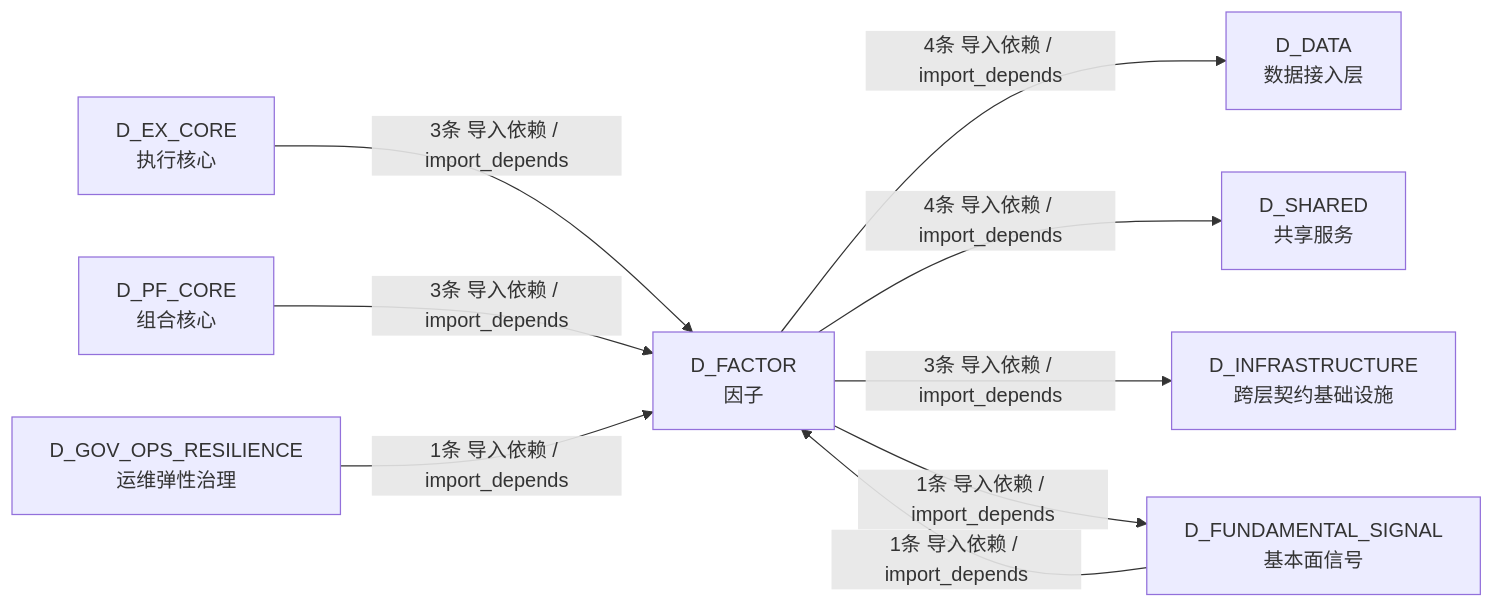
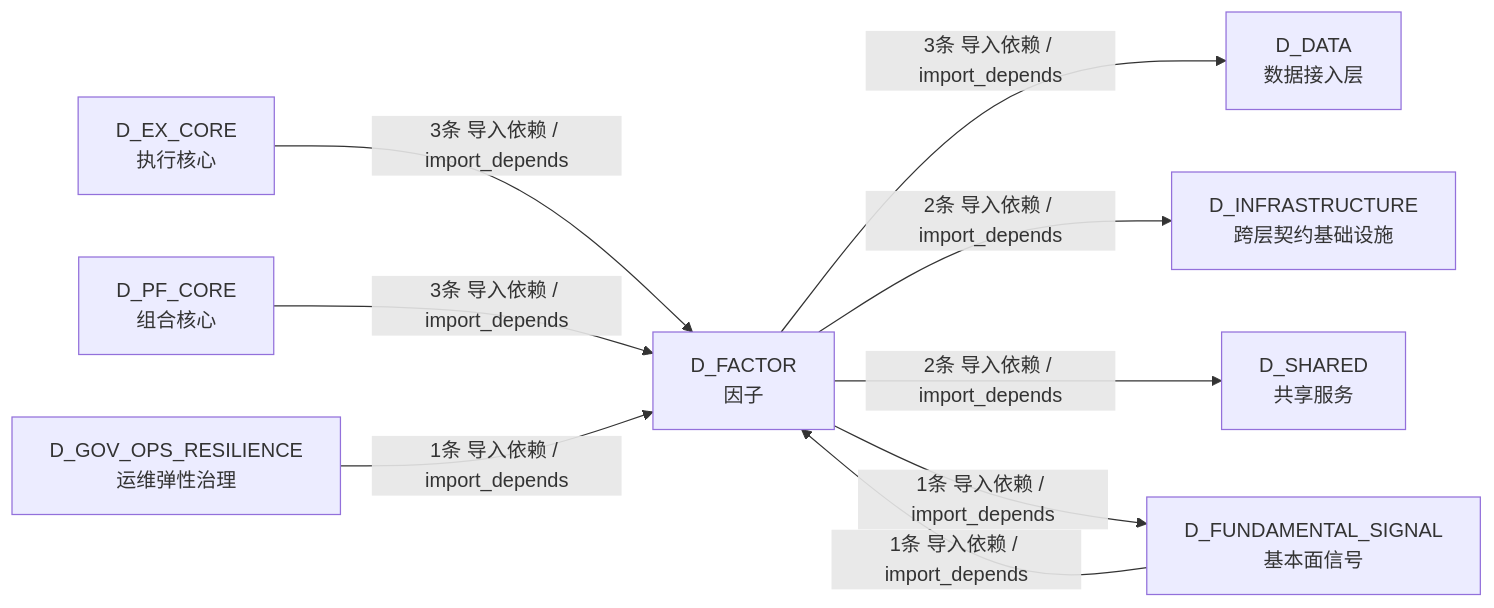
One commit to xuanFelixVan/ZephyrAlpha changed the fourth of 4 diagrams in docs/02_enterprise_architecture/02_domain_architecture_docs/46_d_factor.md. Above: the diagram before and after it, drawn with Mermaid. The commit also changed other lines of this file and 20 other files, not shown here.

````diff
--- a/docs/02_enterprise_architecture/02_domain_architecture_docs/46_d_factor.md
+++ b/docs/02_enterprise_architecture/02_domain_architecture_docs/46_d_factor.md
@@ -449,19 +365,19 @@
 ```mermaid
 graph LR
     D_FACTOR["D_FACTOR<br/>因子"]
     D_DATA["D_DATA<br/>数据接入层"]
+    D_INFRASTRUCTURE["D_INFRASTRUCTURE<br/>跨层契约基础设施"]
     D_SHARED["D_SHARED<br/>共享服务"]
-    D_INFRASTRUCTURE["D_INFRASTRUCTURE<br/>跨层契约基础设施"]
     D_FUNDAMENTAL_SIGNAL["D_FUNDAMENTAL_SIGNAL<br/>基本面信号"]
     D_EX_CORE["D_EX_CORE<br/>执行核心"]
     D_PF_CORE["D_PF_CORE<br/>组合核心"]
     D_GOV_OPS_RESILIENCE["D_GOV_OPS_RESILIENCE<br/>运维弹性治理"]
-    D_FACTOR -->|4条 导入依赖 / import_depends| D_DATA
-    D_FACTOR -->|4条 导入依赖 / import_depends| D_SHARED
-    D_FACTOR -->|3条 导入依赖 / import_depends| D_INFRASTRUCTURE
+    D_FACTOR -->|3条 导入依赖 / import_depends| D_DATA
+    D_FACTOR -->|2条 导入依赖 / import_depends| D_INFRASTRUCTURE
+    D_FACTOR -->|2条 导入依赖 / import_depends| D_SHARED
     D_FACTOR -->|1条 导入依赖 / import_depends| D_FUNDAMENTAL_SIGNAL
     D_EX_CORE -->|3条 导入依赖 / import_depends| D_FACTOR
     D_PF_CORE -->|3条 导入依赖 / import_depends| D_FACTOR
     D_FUNDAMENTAL_SIGNAL -->|1条 导入依赖 / import_depends| D_FACTOR
     D_GOV_OPS_RESILIENCE -->|1条 导入依赖 / import_depends| D_FACTOR
 ```
````
